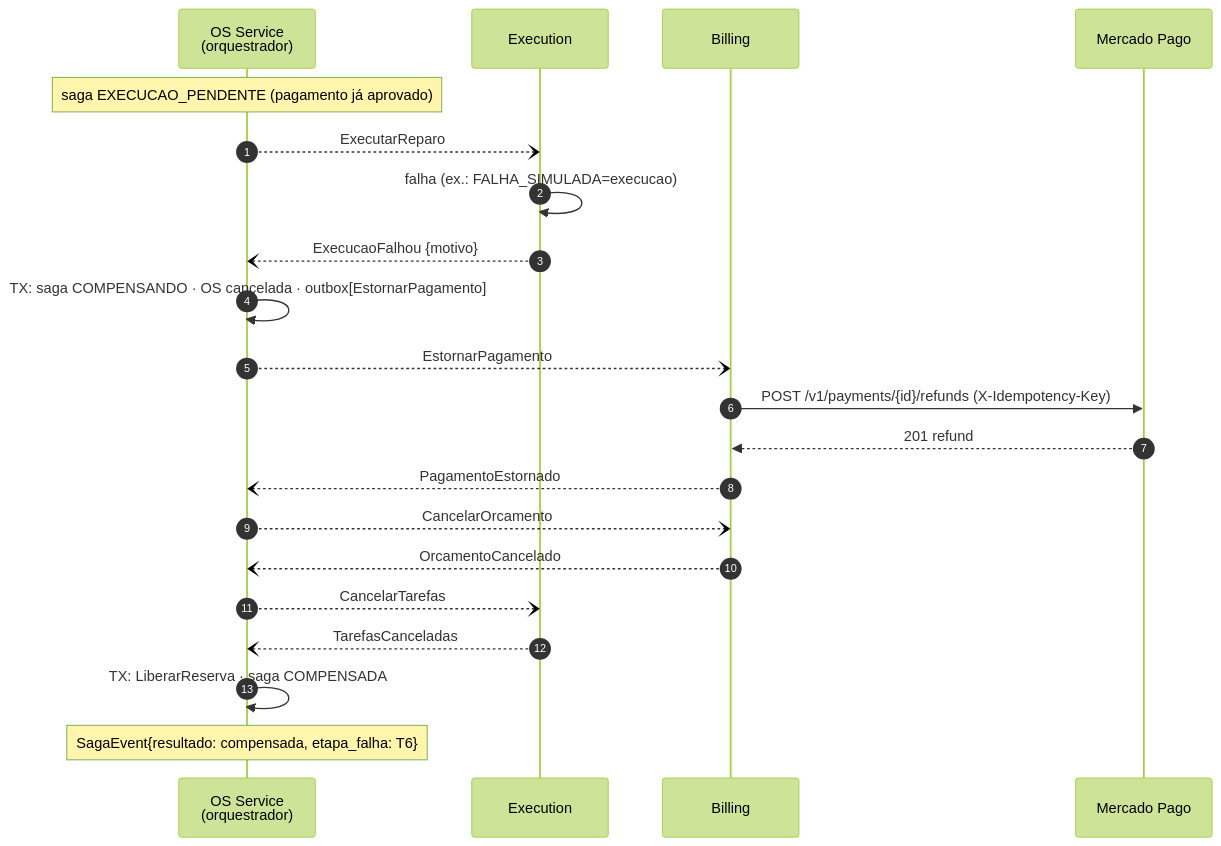
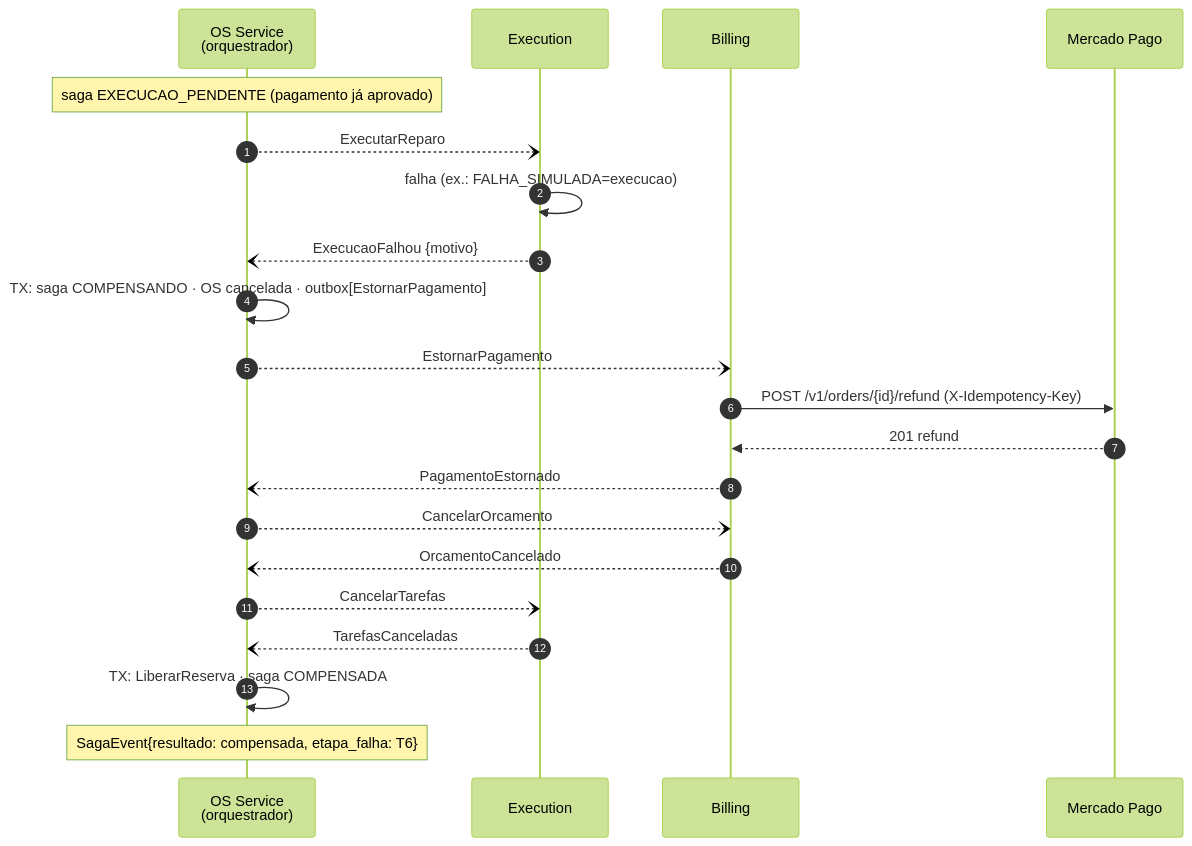
Before and after one commit to ProblemaTheu/oficina-app: the fifth of 9 diagrams in docs/planejamentos/fase-4/arquitetura.md, drawn with Mermaid (forest theme). The commit also changed other lines of this file and 4 other files, not shown here.

````diff
--- a/docs/planejamentos/fase-4/arquitetura.md
+++ b/docs/planejamentos/fase-4/arquitetura.md
@@ -267,24 +267,24 @@
 ```mermaid
 sequenceDiagram
     autonumber
     participant OS as OS Service<br/>(orquestrador)
     participant EX as Execution
     participant BI as Billing
     participant MP as Mercado Pago
 
     Note over OS: saga EXECUCAO_PENDENTE (pagamento já aprovado)
     OS--)EX: ExecutarReparo
     EX->>EX: falha (ex.: FALHA_SIMULADA=execucao)
     EX--)OS: ExecucaoFalhou {motivo}
     OS->>OS: TX: saga COMPENSANDO · OS cancelada · outbox[EstornarPagamento]
     OS--)BI: EstornarPagamento
-    BI->>MP: POST /v1/payments/{id}/refunds (X-Idempotency-Key)
+    BI->>MP: POST /v1/orders/{id}/refund (X-Idempotency-Key)
     MP-->>BI: 201 refund
     BI--)OS: PagamentoEstornado
     OS--)BI: CancelarOrcamento
     BI--)OS: OrcamentoCancelado
     OS--)EX: CancelarTarefas
     EX--)OS: TarefasCanceladas
     OS->>OS: TX: LiberarReserva · saga COMPENSADA
     Note over OS: SagaEvent{resultado: compensada, etapa_falha: T6}
 ```
````
